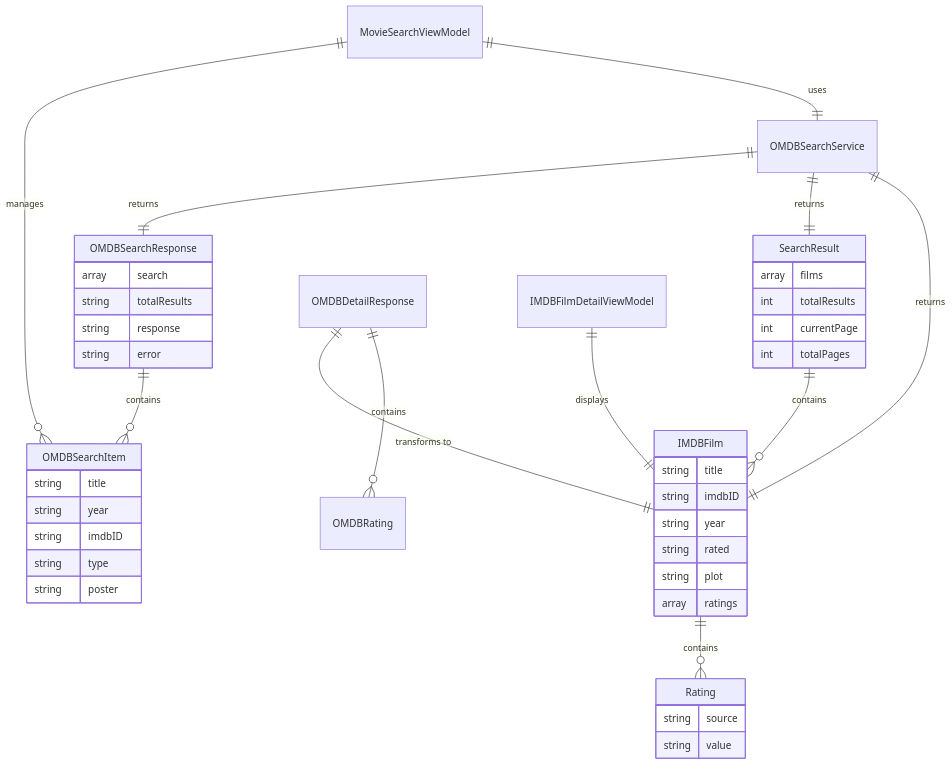
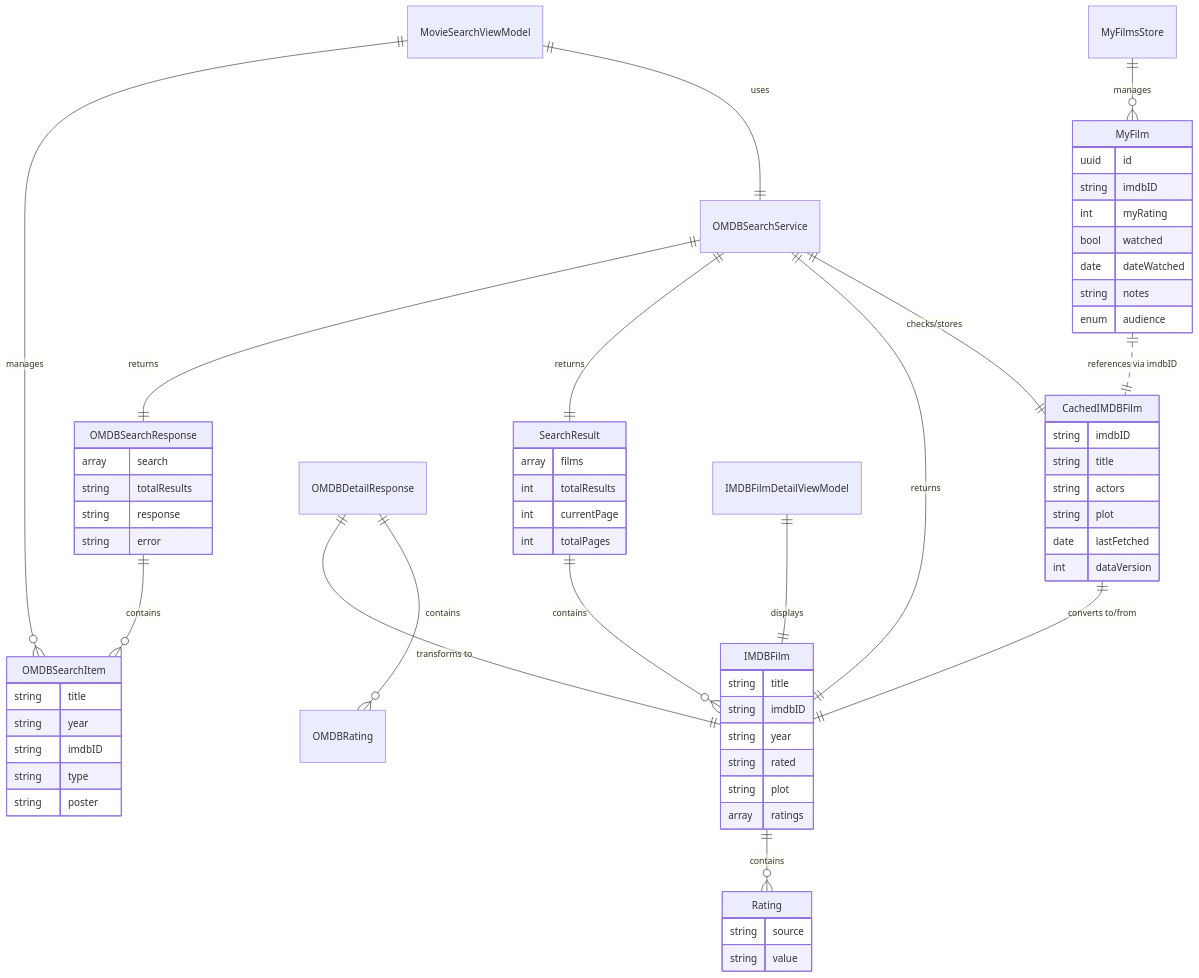
The fourth of 11 diagrams in docs/ARCHITECTURE.md (tillg/filmz2), drawn with Mermaid before and after one commit. The commit also changed other lines of this file and 6 other files, not shown here.

````diff
--- a/docs/ARCHITECTURE.md
+++ b/docs/ARCHITECTURE.md
@@ -137,53 +162,76 @@
 ```mermaid
 erDiagram
     OMDBSearchResponse ||--o{ OMDBSearchItem : contains
     OMDBSearchResponse {
         array search
         string totalResults
         string response
         string error
     }
 
     OMDBSearchItem {
         string title
         string year
         string imdbID
         string type
         string poster
     }
 
     SearchResult ||--o{ IMDBFilm : contains
     SearchResult {
         array films
         int totalResults
         int currentPage
         int totalPages
     }
 
     OMDBDetailResponse ||--|| IMDBFilm : "transforms to"
     OMDBDetailResponse ||--o{ OMDBRating : contains
 
     IMDBFilm ||--o{ Rating : contains
     IMDBFilm {
         string title
         string imdbID
         string year
         string rated
         string plot
         array ratings
     }
 
     Rating {
         string source
         string value
     }
 
+    CachedIMDBFilm ||--|| IMDBFilm : "converts to/from"
+    CachedIMDBFilm {
+        string imdbID
+        string title
+        string actors
+        string plot
+        date lastFetched
+        int dataVersion
+    }
+
+    MyFilm ||..|| CachedIMDBFilm : "references via imdbID"
+    MyFilm {
+        uuid id
+        string imdbID
+        int myRating
+        bool watched
+        date dateWatched
+        string notes
+        enum audience
+    }
+
     OMDBSearchService ||--|| OMDBSearchResponse : returns
     OMDBSearchService ||--|| SearchResult : returns
     OMDBSearchService ||--|| IMDBFilm : returns
+    OMDBSearchService ||--|| CachedIMDBFilm : "checks/stores"
 
     MovieSearchViewModel ||--o{ OMDBSearchItem : manages
     MovieSearchViewModel ||--|| OMDBSearchService : uses
 
     IMDBFilmDetailViewModel ||--|| IMDBFilm : displays
+    MyFilmsStore ||--o{ MyFilm : manages
 ```
````
